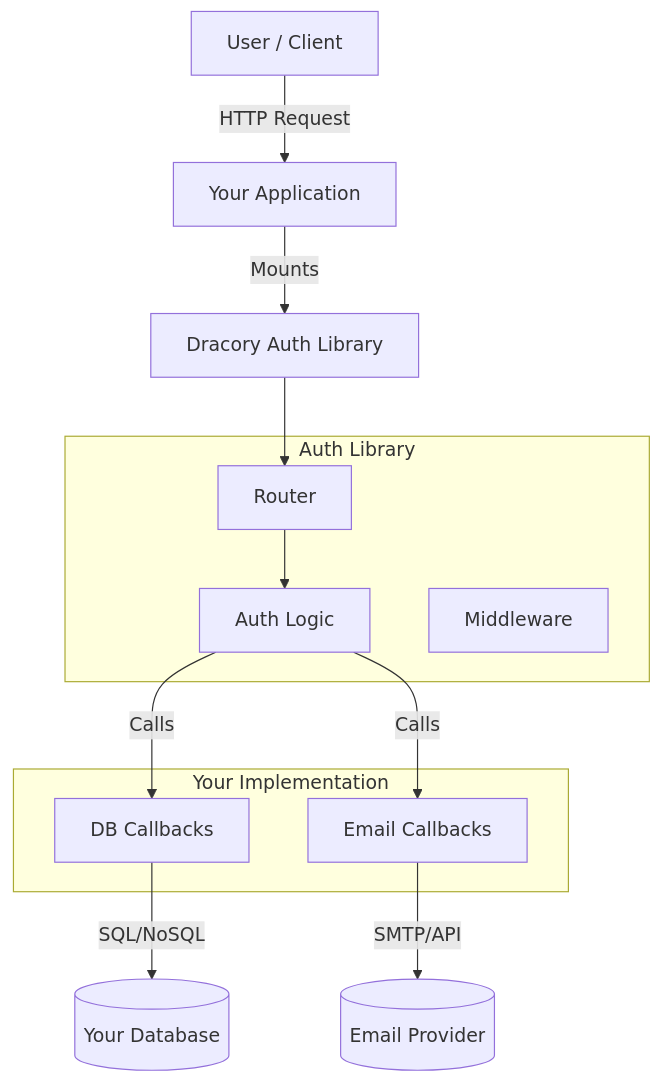
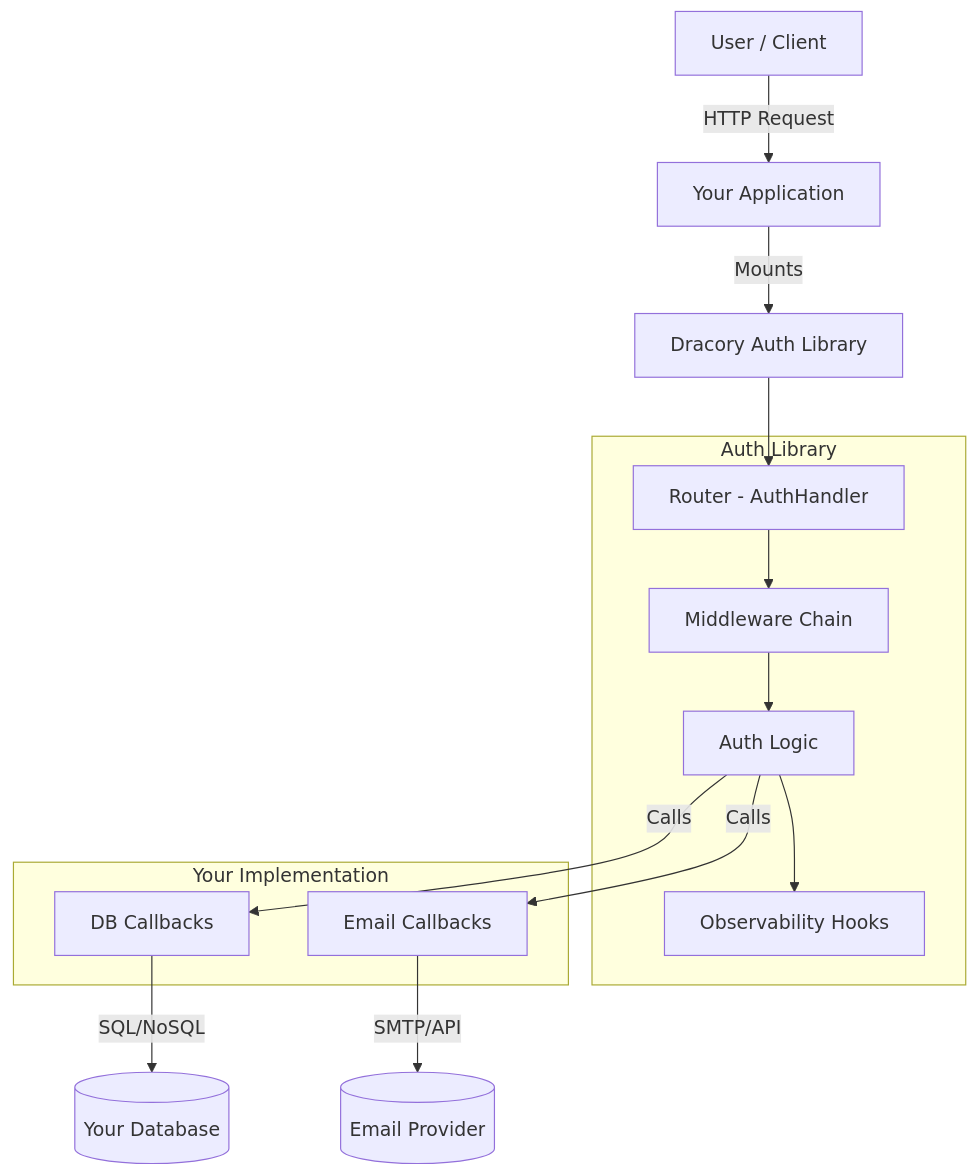
Before and after one commit to dracory/auth: the diagram in docs/livewiki/architecture.md, drawn with Mermaid. The commit also changed other lines of this file and 22 other files, not shown here.

````diff
--- a/docs/livewiki/architecture.md
+++ b/docs/livewiki/architecture.md
@@ -19,25 +24,28 @@
 ```mermaid
 graph TD
     User[User / Client] -->|HTTP Request| App[Your Application]
     App -->|Mounts| AuthLib[Dracory Auth Library]
     
     subgraph "Auth Library"
-        Router[Router]
+        Router[Router - AuthHandler]
+        Mid[Middleware Chain]
         Logic[Auth Logic]
-        Mid[Middleware]
+        Obs[Observability Hooks]
     end
     
     AuthLib --> Router
-    Router --> Logic
+    Router --> Mid
+    Mid --> Logic
+    Logic --> Obs
     
     subgraph "Your Implementation"
         DB_Adapter[DB Callbacks]
         Email_Adapter[Email Callbacks]
     end
     
     Logic -->|Calls| DB_Adapter
     Logic -->|Calls| Email_Adapter
     
     DB_Adapter -->|SQL/NoSQL| DB[(Your Database)]
     Email_Adapter -->|SMTP/API| Email[(Email Provider)]
 ```
````
